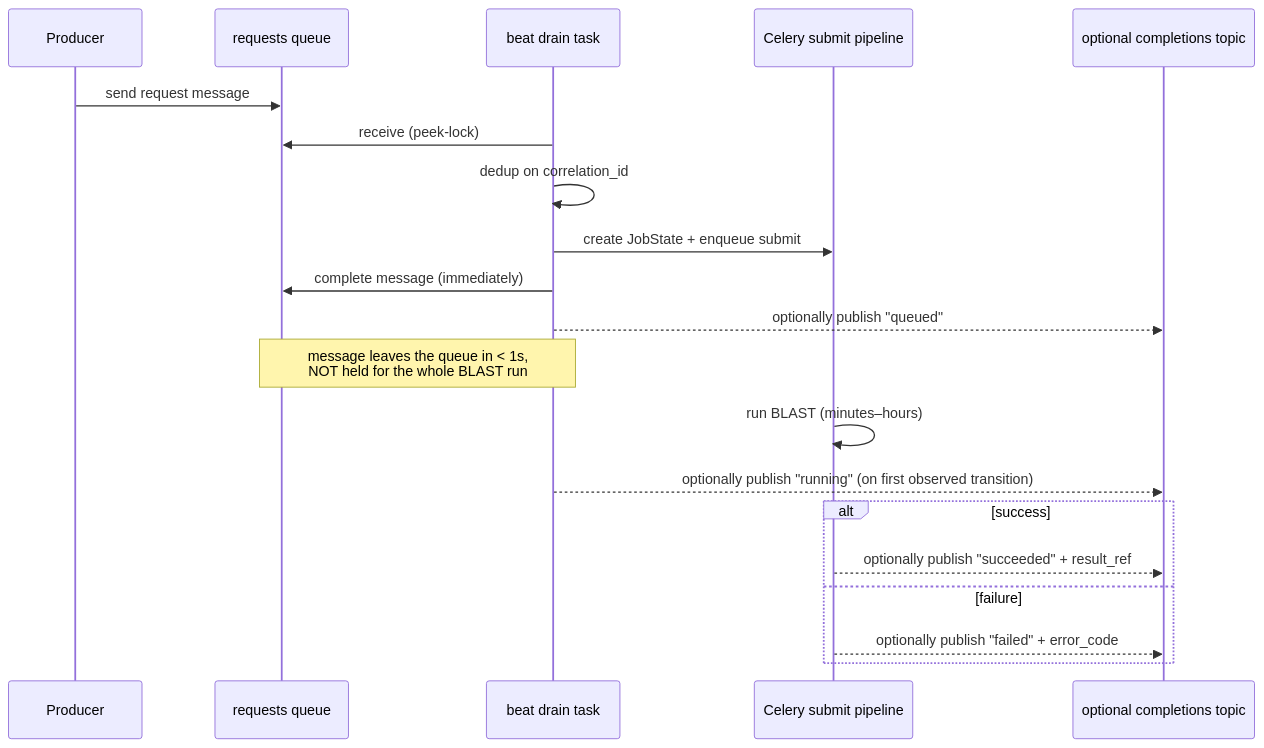
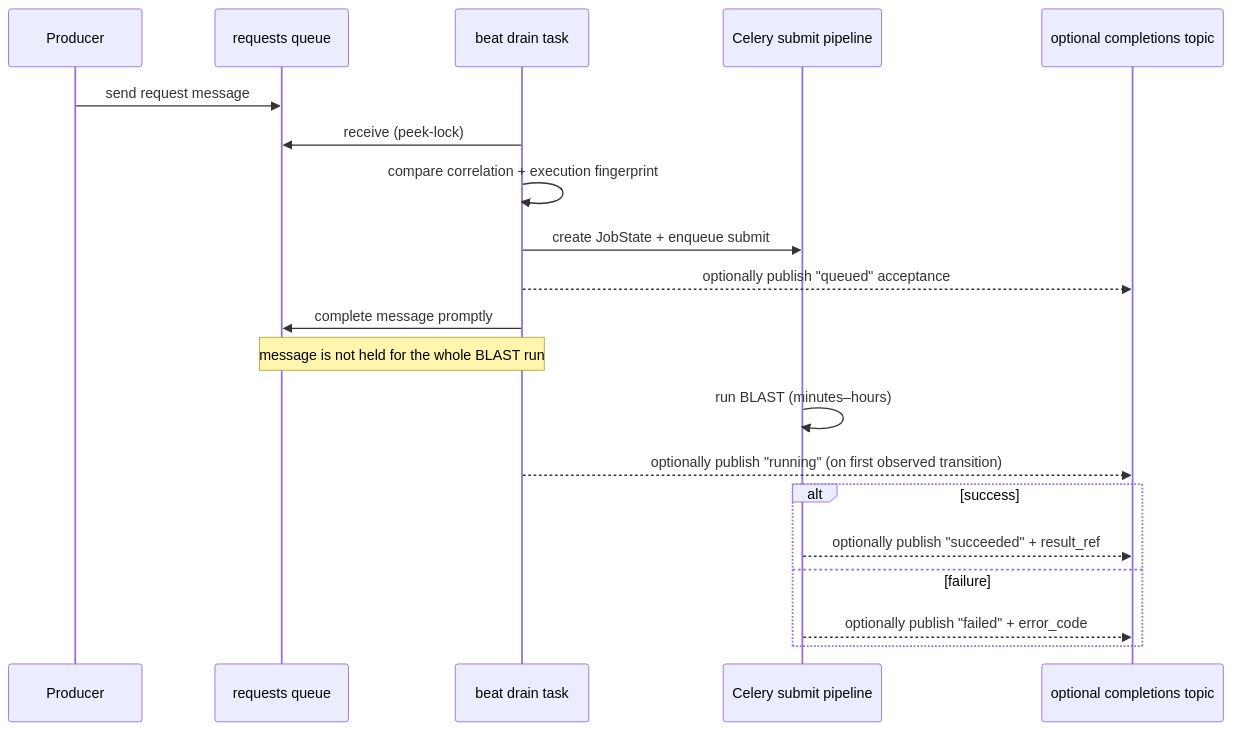
The second of 2 diagrams in docs/architecture/service-bus-integration.md (dotnetpower/elb-dashboard), drawn with Mermaid before and after one commit. The commit also changed other lines of this file and 12 other files, not shown here.

````diff
--- a/docs/architecture/service-bus-integration.md
+++ b/docs/architecture/service-bus-integration.md
@@ -158,22 +164,22 @@
 ```mermaid
 sequenceDiagram
   participant P as Producer
   participant Q as requests queue
   participant B as beat drain task
   participant S as Celery submit pipeline
   participant T as optional completions topic
   P->>Q: send request message
   B->>Q: receive (peek-lock)
-  B->>B: dedup on correlation_id
+  B->>B: compare correlation + execution fingerprint
   B->>S: create JobState + enqueue submit
-  B->>Q: complete message (immediately)
-  B-->>T: optionally publish "queued"
-  Note over B,Q: message leaves the queue in < 1s,<br/>NOT held for the whole BLAST run
+  B-->>T: optionally publish "queued" acceptance
+  B->>Q: complete message promptly
+  Note over B,Q: message is not held for the whole BLAST run
   S->>S: run BLAST (minutes–hours)
   B-->>T: optionally publish "running" (on first observed transition)
   alt success
     S-->>T: optionally publish "succeeded" + result_ref
   else failure
     S-->>T: optionally publish "failed" + error_code
   end
 ```
````
